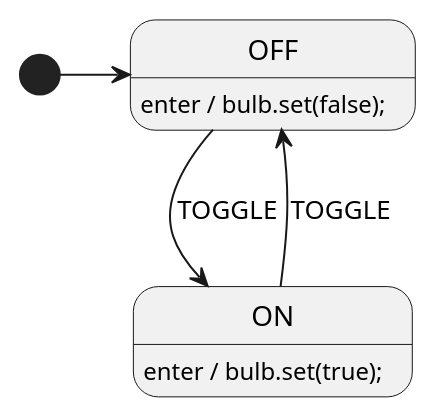
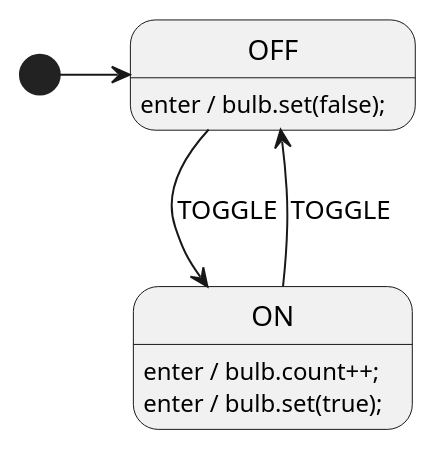
One commit to StateSmith/StateSmith-examples changed the diagram in multi-lang-2/LightSm.plantuml. Above: the diagram before and after it, drawn with PlantUML. The commit also changed 4 other files, not shown here.

```diff
--- a/multi-lang-2/LightSm.plantuml
+++ b/multi-lang-2/LightSm.plantuml
@@ -1,24 +1,24 @@
 @startuml
 
 ' //////////////////////// STATE ORGANIZATION ///////////////////////
 ' Note: StateSmith treats state names and events as case insensitive.
 ' More info: https://github.com/StateSmith/StateSmith/wiki/PlantUML
 
 state OFF
 state ON
-
 
 ' ///////////////////////// STATE HANDLERS /////////////////////////
 ' Syntax: https://github.com/StateSmith/StateSmith/wiki/Behaviors
 
 [*] -> OFF
 
 ' OFF
 OFF: enter / bulb.set(false);
 OFF --> ON : TOGGLE
 
 ' ON
+ON: enter / bulb.count++;
 ON: enter / bulb.set(true);
 ON --> OFF : TOGGLE
 
 @enduml
```
